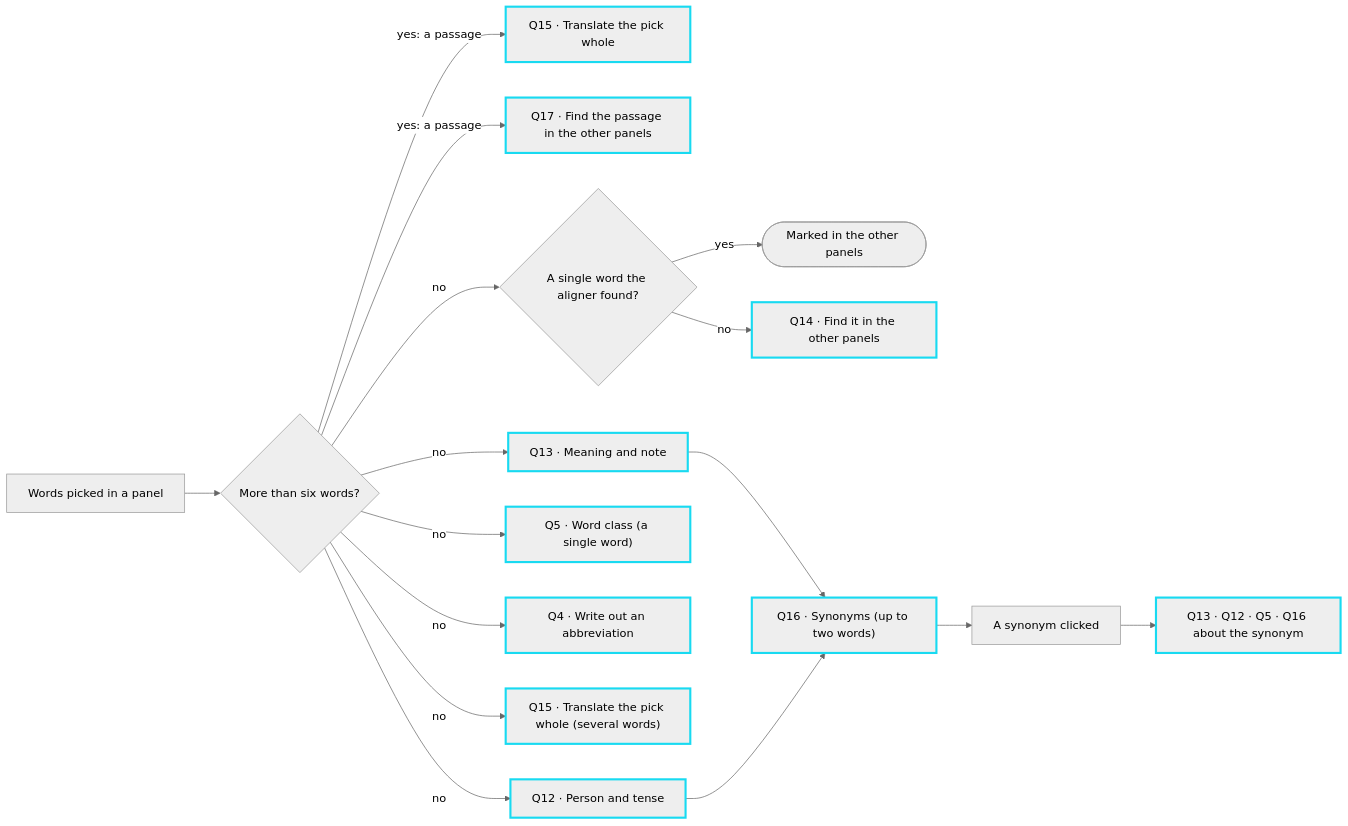
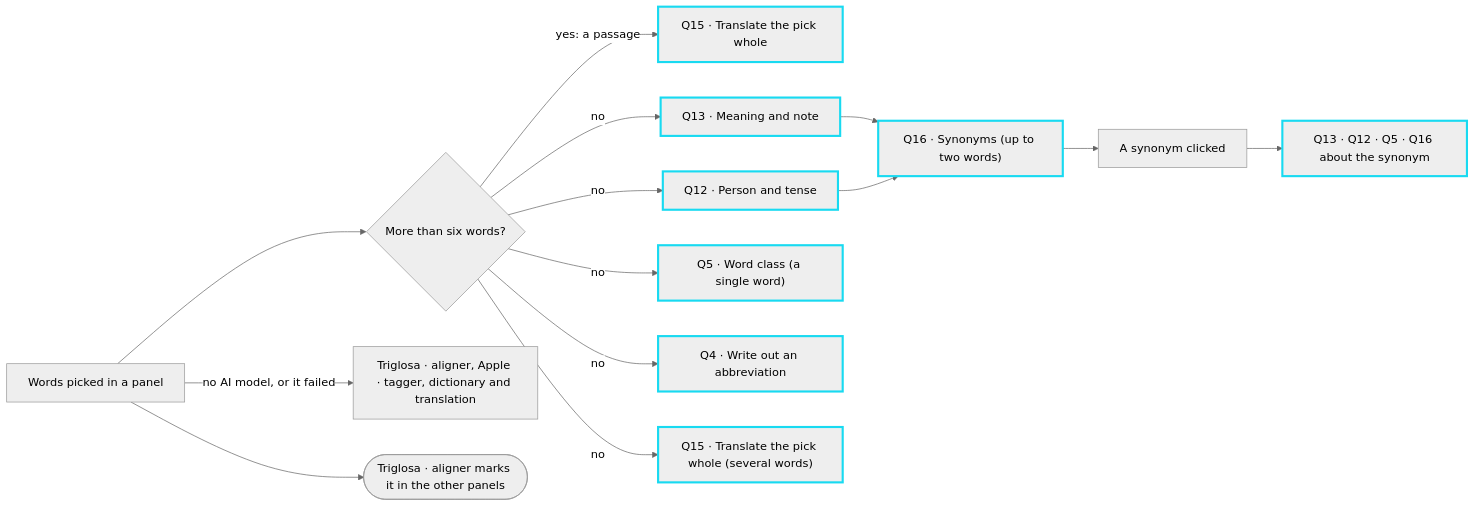
One commit to mdd335/triglosa changed the sixth of 8 diagrams in docs/behind-a-translation.md. Above: the diagram before and after it, drawn with Mermaid (neutral theme). The commit also changed other lines of this file and 118 other files, not shown here.

````diff
--- a/docs/behind-a-translation.md
+++ b/docs/behind-a-translation.md
@@ -221,24 +242,22 @@
 ```mermaid
 flowchart LR
   PICK["Words picked in a panel"] --> LONG{"More than six words?"}
 
   LONG -->|"yes: a passage"| Q15P["Q15 · Translate the pick whole"]
-  LONG -->|"yes: a passage"| Q17["Q17 · Find the passage in the other panels"]
 
   LONG -->|no| Q13["Q13 · Meaning and note"]
   LONG -->|no| Q12["Q12 · Person and tense"]
   LONG -->|no| Q5["Q5 · Word class (a single word)"]
   LONG -->|no| Q4["Q4 · Write out an abbreviation"]
   LONG -->|no| Q15["Q15 · Translate the pick whole (several words)"]
-  LONG -->|no| SP{"A single word the aligner found?"}
-  SP -->|yes| SPA(["Marked in the other panels"])
-  SP -->|no| Q14["Q14 · Find it in the other panels"]
+  PICK -->|"no AI model, or it failed"| BARE["Triglosa · aligner, Apple · tagger, dictionary and translation"]
+  PICK --> SPA(["Triglosa · aligner marks it in the other panels"])
 
   Q13 --> Q16["Q16 · Synonyms (up to two words)"]
   Q12 --> Q16
   Q16 --> SYN["A synonym clicked"]
   SYN --> AGAIN["Q13 · Q12 · Q5 · Q16 about the synonym"]
 
   classDef model stroke:#18daf1,stroke-width:3px
-  class Q15P,Q17,Q13,Q12,Q5,Q4,Q15,Q14,Q16,AGAIN model
+  class Q15P,Q13,Q12,Q5,Q4,Q15,Q16,AGAIN model
 ```
````
